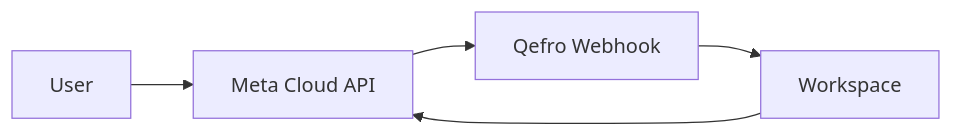
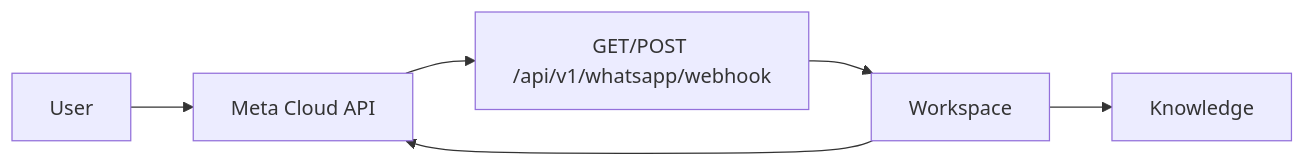
One commit to qefro-ai/qefro-documentation changed the diagram in docs/platform/whatsapp.mdx. Above: the diagram before and after it, drawn with Mermaid. The commit also changed other lines of this file and 46 other files, not shown here.

````diff
--- a/docs/platform/whatsapp.mdx
+++ b/docs/platform/whatsapp.mdx
@@ -37,7 +40,8 @@
 ```mermaid
 flowchart LR
   User --> Meta[Meta Cloud API]
-  Meta --> Qefro[Qefro Webhook]
-  Qefro --> WS[Workspace]
+  Meta --> WH["GET/POST /api/v1/whatsapp/webhook"]
+  WH --> WS[Workspace]
+  WS --> RAG[Knowledge]
   WS --> Meta
 ```
````
